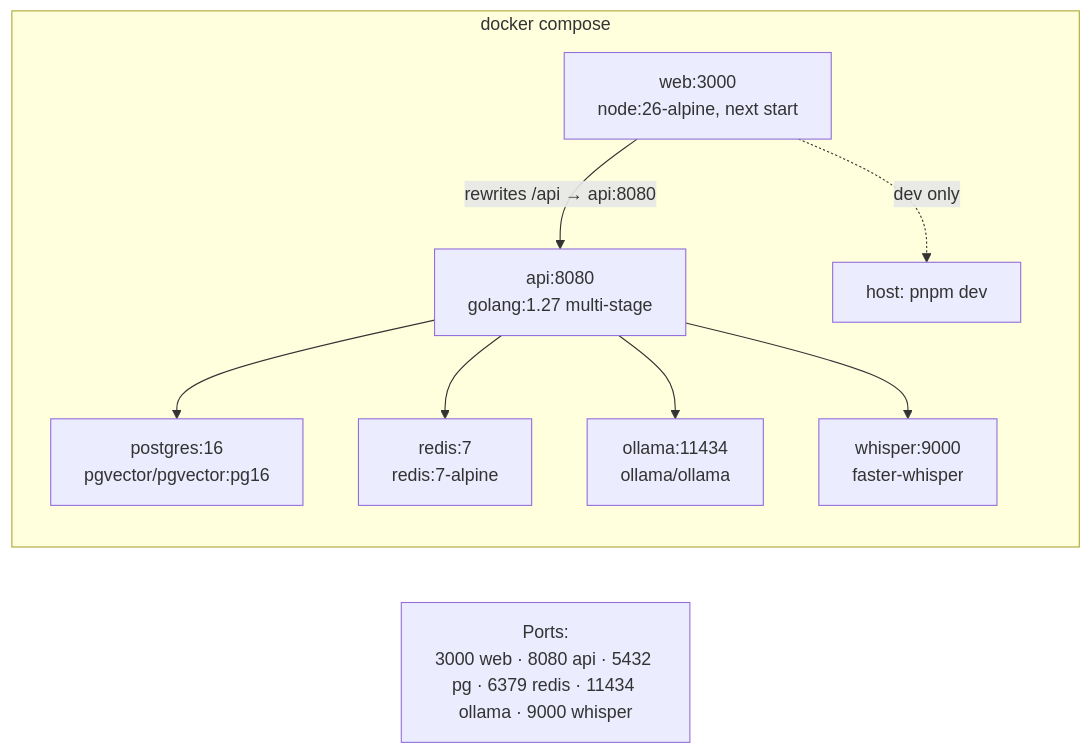
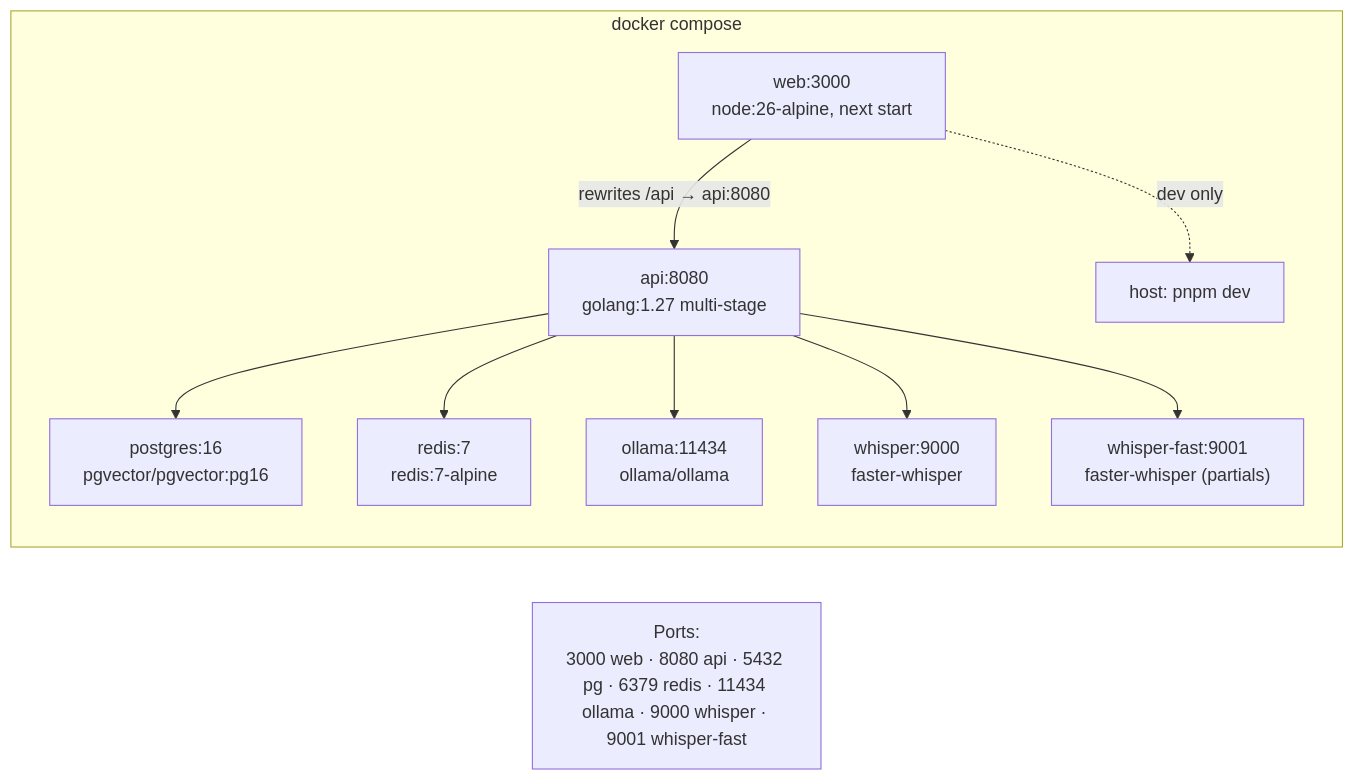
One commit to cattyman919/athenaeum changed the fourth of 4 diagrams in docs/01-architecture.md. Above: the diagram before and after it, drawn with Mermaid. The commit also changed other lines of this file and 48 other files, not shown here.

````diff
--- a/docs/01-architecture.md
+++ b/docs/01-architecture.md
@@ -157,13 +157,14 @@
 ```mermaid
 flowchart LR
-    P["Ports:<br/>3000 web · 8080 api · 5432 pg · 6379 redis · 11434 ollama · 9000 whisper"]
+    P["Ports:<br/>3000 web · 8080 api · 5432 pg · 6379 redis · 11434 ollama · 9000 whisper · 9001 whisper-fast"]
 
     subgraph DC["docker compose"]
         W["web:3000<br/>node:26-alpine, next start"] -- "rewrites /api → api:8080" --> A["api:8080<br/>golang:1.27 multi-stage"]
         A --> PG["postgres:16<br/>pgvector/pgvector:pg16"]
         A --> RD["redis:7<br/>redis:7-alpine"]
         A --> OL["ollama:11434<br/>ollama/ollama"]
         A --> WH["whisper:9000<br/>faster-whisper"]
+        A --> WF["whisper-fast:9001<br/>faster-whisper (partials)"]
         W -. "dev only" .-> NODE["host: pnpm dev"]
     end
 ```
````
